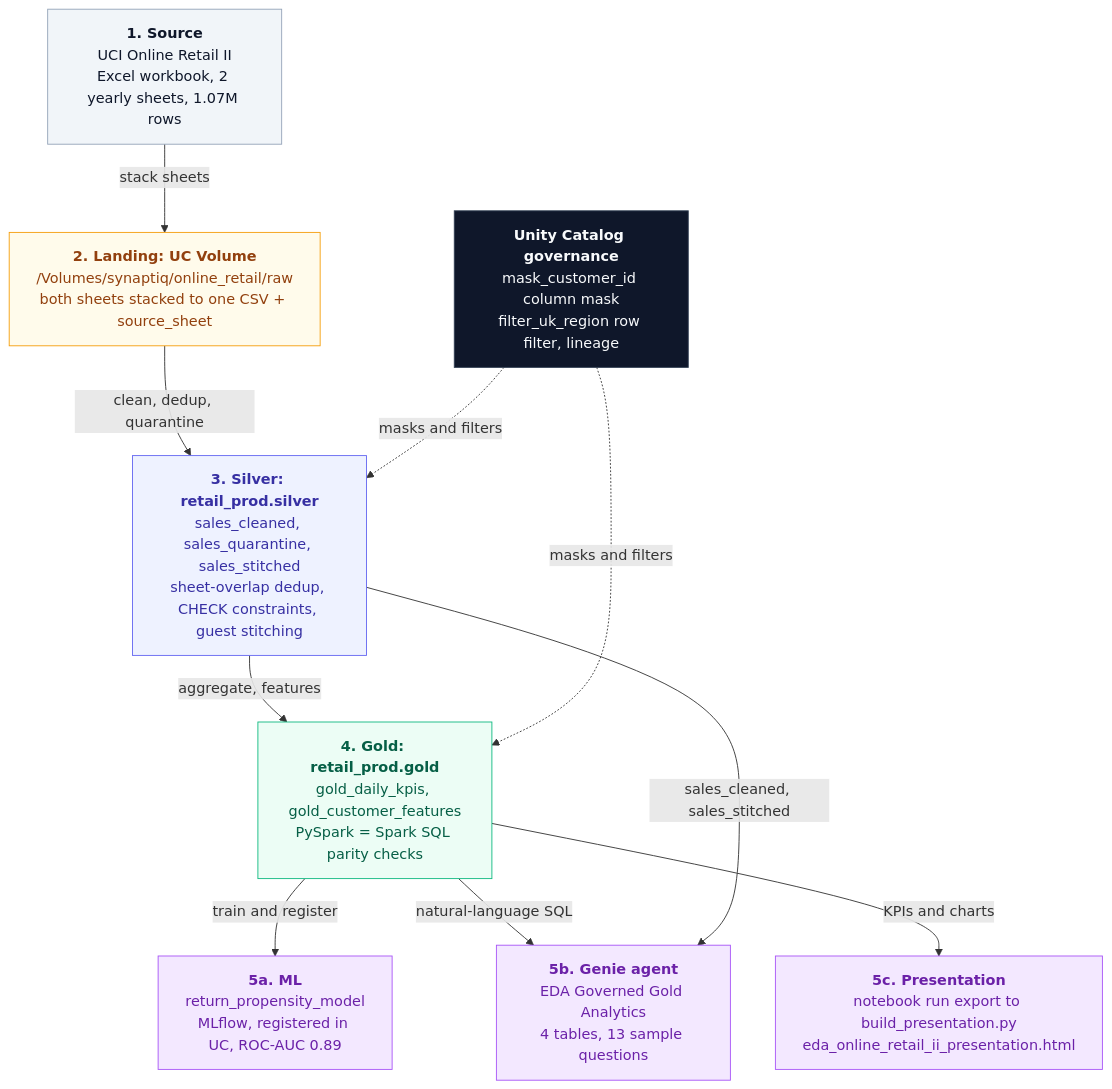
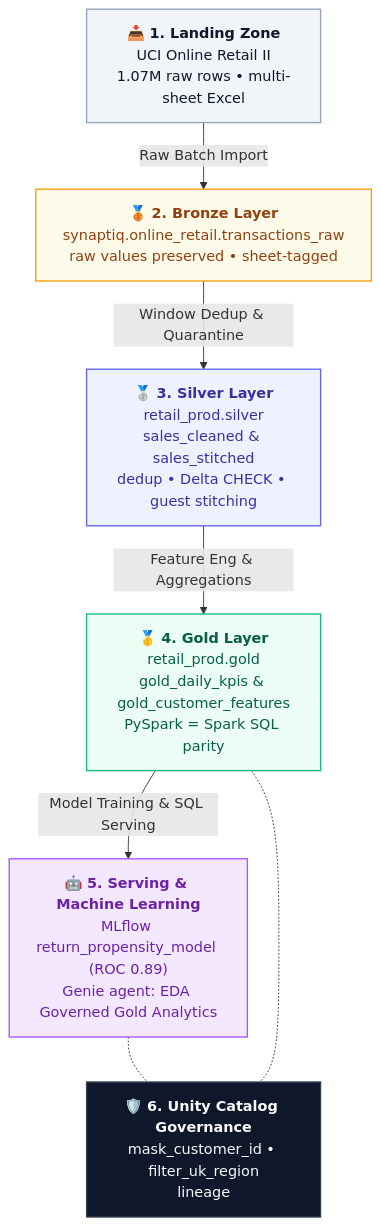
One commit to slysik/databricks-eda changed the diagram in README.md. Above: the diagram before and after it, drawn with Mermaid.

Commit message:
README: restore vertical 6-layer diagram with icons, accurate object names
Bronze = synaptiq.online_retail.transactions_raw; Silver/Gold = retail_prod
tables; Serving = MLflow return_propensity_model + Genie agent; UC governance
= mask_customer_id, filter_uk_region. Dropped claims not backed by the build
(monotonic PKs on bronze, materialized views in gold).

````diff
--- a/README.md
+++ b/README.md
@@ -38,35 +38,30 @@
 ```mermaid
-flowchart TD
-    classDef source fill:#F1F5F9,stroke:#94A3B8,color:#0F172A;
-    classDef landing fill:#FFFBEB,stroke:#F59E0B,color:#92400E;
-    classDef silver fill:#EEF2FF,stroke:#6366F1,color:#3730A3;
-    classDef gold fill:#ECFDF5,stroke:#10B981,color:#065F46;
-    classDef serving fill:#F3E8FF,stroke:#A855F7,color:#6B21A8;
-    classDef uc fill:#0F172A,stroke:#334155,color:#F8FAFC;
+graph TD
+    classDef source fill:#F1F5F9,stroke:#94A3B8,stroke-width:1.5px,color:#0F172A;
+    classDef bronze fill:#FFFBEB,stroke:#F59E0B,stroke-width:1.5px,color:#92400E;
+    classDef silver fill:#EEF2FF,stroke:#6366F1,stroke-width:1.5px,color:#3730A3;
+    classDef gold fill:#ECFDF5,stroke:#10B981,stroke-width:1.5px,color:#065F46;
+    classDef serving fill:#F3E8FF,stroke:#A855F7,stroke-width:1.5px,color:#6B21A8;
+    classDef uc fill:#0F172A,stroke:#334155,stroke-width:1.5px,color:#F8FAFC;
 
-    S["<b>1. Source</b><br/>UCI Online Retail II<br/>Excel workbook, 2 yearly sheets, 1.07M rows"]
-    L["<b>2. Landing: UC Volume</b><br/>/Volumes/synaptiq/online_retail/raw<br/>both sheets stacked to one CSV + source_sheet"]
-    SV["<b>3. Silver: retail_prod.silver</b><br/>sales_cleaned, sales_quarantine, sales_stitched<br/>sheet-overlap dedup, CHECK constraints, guest stitching"]
-    G["<b>4. Gold: retail_prod.gold</b><br/>gold_daily_kpis, gold_customer_features<br/>PySpark = Spark SQL parity checks"]
-    ML["<b>5a. ML</b><br/>return_propensity_model<br/>MLflow, registered in UC, ROC-AUC 0.89"]
-    GN["<b>5b. Genie agent</b><br/>EDA Governed Gold Analytics<br/>4 tables, 13 sample questions"]
-    PR["<b>5c. Presentation</b><br/>notebook run export to build_presentation.py<br/>eda_online_retail_ii_presentation.html"]
-    UC["<b>Unity Catalog governance</b><br/>mask_customer_id column mask<br/>filter_uk_region row filter, lineage"]
+    S["📥 <b>1. Landing Zone</b><br/>UCI Online Retail II<br/>1.07M raw rows • multi-sheet Excel"]
+    B["🥉 <b>2. Bronze Layer</b><br/>synaptiq.online_retail.transactions_raw<br/>raw values preserved • sheet-tagged"]
+    SLV["🥈 <b>3. Silver Layer</b><br/>retail_prod.silver<br/>sales_cleaned & sales_stitched<br/>dedup • Delta CHECK • guest stitching"]
+    G["🥇 <b>4. Gold Layer</b><br/>retail_prod.gold<br/>gold_daily_kpis & gold_customer_features<br/>PySpark = Spark SQL parity"]
+    SRV["🤖 <b>5. Serving & Machine Learning</b><br/>MLflow return_propensity_model (ROC 0.89)<br/>Genie agent: EDA Governed Gold Analytics"]
+    UC["🛡️ <b>6. Unity Catalog Governance</b><br/>mask_customer_id • filter_uk_region<br/>lineage"]
 
-    S -->|stack sheets| L
-    L -->|clean, dedup, quarantine| SV
-    SV -->|aggregate, features| G
-    G -->|train and register| ML
-    G -->|natural-language SQL| GN
-    SV -->|sales_cleaned, sales_stitched| GN
-    G -->|KPIs and charts| PR
-    UC -.->|masks and filters| SV
-    UC -.->|masks and filters| G
+    S -->|Raw Batch Import| B
+    B -->|Window Dedup & Quarantine| SLV
+    SLV -->|Feature Eng & Aggregations| G
+    G -->|Model Training & SQL Serving| SRV
+    SRV -.- UC
+    G -.- UC
 
     class S source;
-    class L landing;
-    class SV silver;
+    class B bronze;
+    class SLV silver;
     class G gold;
-    class ML,GN,PR serving;
+    class SRV serving;
     class UC uc;
 ```
````
